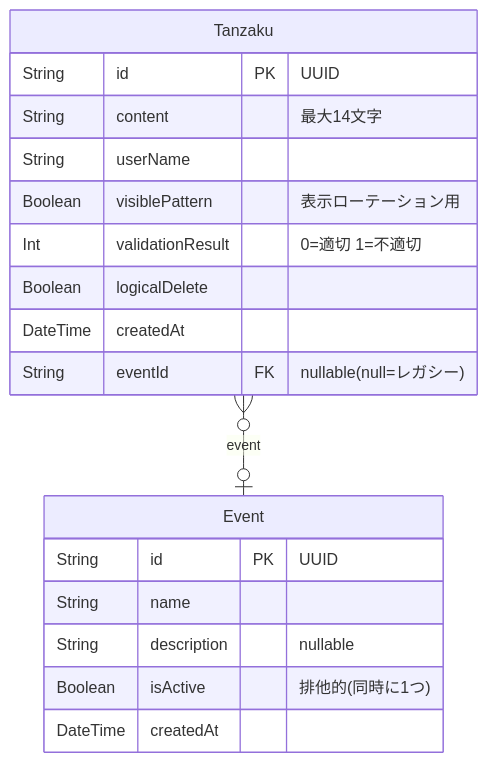
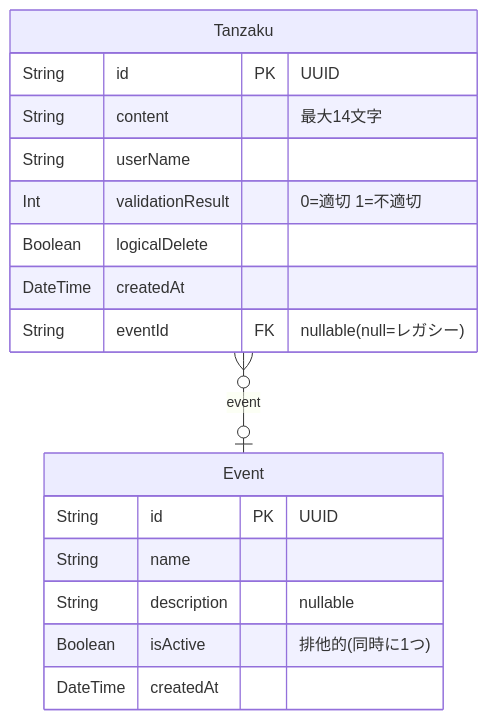
One commit to itl-marubu/tanzakuv2 changed the diagram in docs/ERD.md. Above: the diagram before and after it, drawn with Mermaid. The commit also changed other lines of this file and 1 other file, not shown here.

First line of the commit message:
feat(db): visiblePattern 列を削除する migration 0007 を追加

````diff
--- a/docs/ERD.md
+++ b/docs/ERD.md
@@ -5,21 +5,20 @@
 ```mermaid
 erDiagram
 "Event" {
   String id PK "UUID"
   String name
   String description "nullable"
   Boolean isActive "排他的(同時に1つ)"
   DateTime createdAt
 }
 "Tanzaku" {
   String id PK "UUID"
   String content "最大14文字"
   String userName
-  Boolean visiblePattern "表示ローテーション用"
   Int validationResult "0=適切 1=不適切"
   Boolean logicalDelete
   DateTime createdAt
   String eventId FK "nullable(null=レガシー)"
 }
 "Tanzaku" }o--o| "Event" : event
 ```
````
